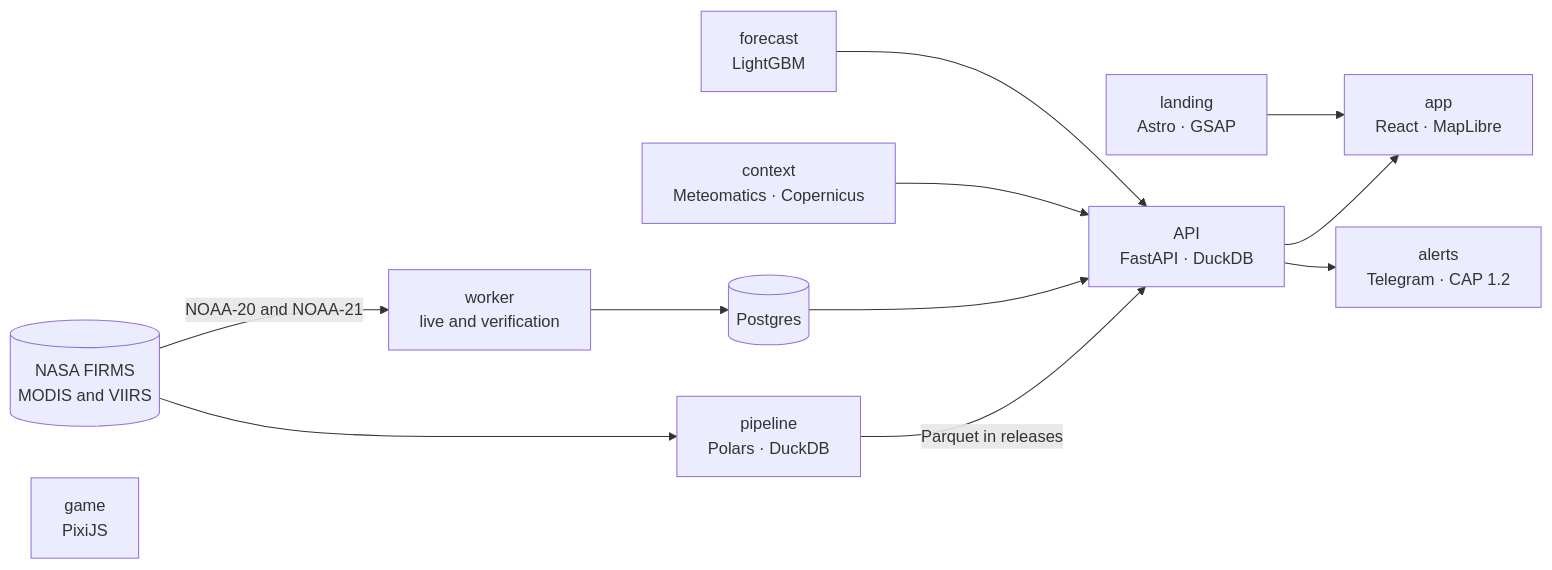
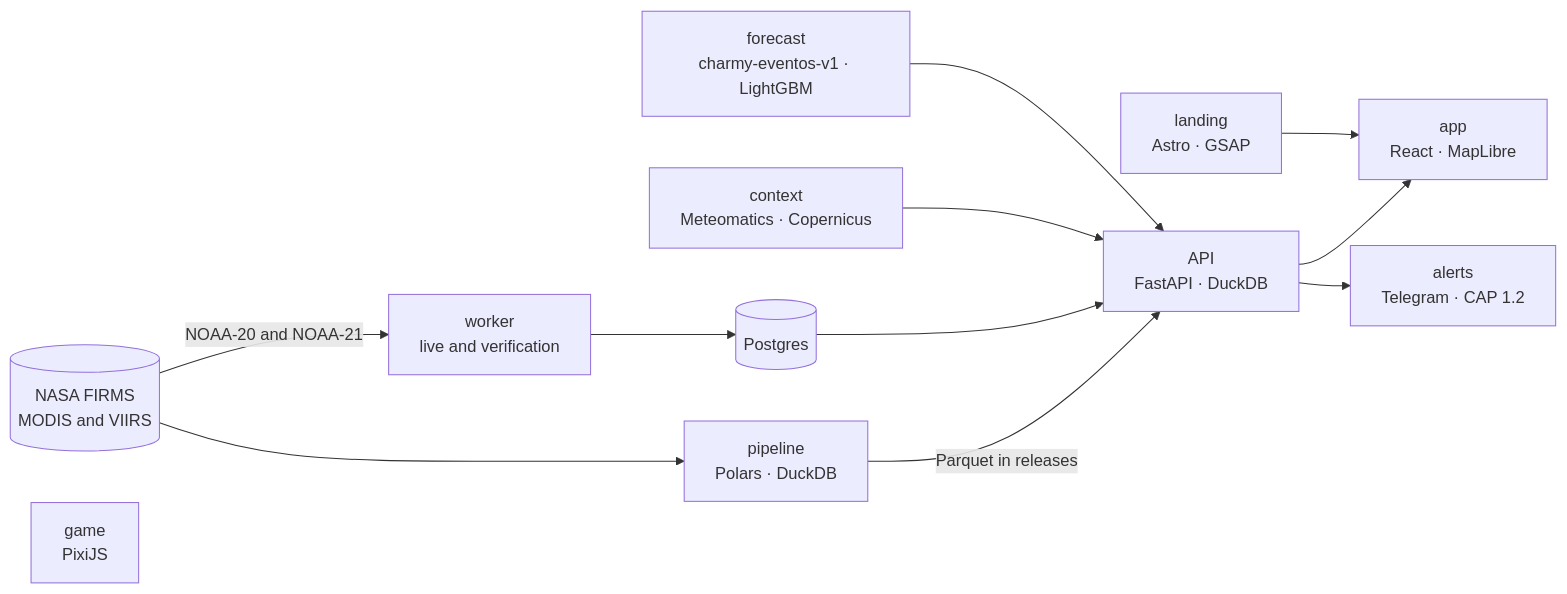
One commit to cosmosnehu77/Charmy changed the diagram in README.en.md. Above: the diagram before and after it, drawn with Mermaid. The commit also changed other lines of this file and 1 other file, not shown here.

Commit message:
README al día: calendario con Estadísticas, charmy-eventos-v1, canales de Telegram y galería de Charmy (#400)

````diff
--- a/README.en.md
+++ b/README.en.md
@@ -146,14 +212,14 @@
 ```mermaid
 flowchart LR
   FIRMS[(NASA FIRMS<br/>MODIS and VIIRS)] --> P[pipeline<br/>Polars · DuckDB]
   P -- Parquet in releases --> API[API<br/>FastAPI · DuckDB]
   FIRMS -- NOAA-20 and NOAA-21 --> W[worker<br/>live and verification]
   W --> DB[(Postgres)]
   DB --> API
   CTX[context<br/>Meteomatics · Copernicus] --> API
-  PRED[forecast<br/>LightGBM] --> API
+  PRED[forecast<br/>charmy-eventos-v1 · LightGBM] --> API
   API --> APP[app<br/>React · MapLibre]
   API --> AL[alerts<br/>Telegram · CAP 1.2]
   LAND[landing<br/>Astro · GSAP] --> APP
   JUEGO[game<br/>PixiJS]
 ```
````
